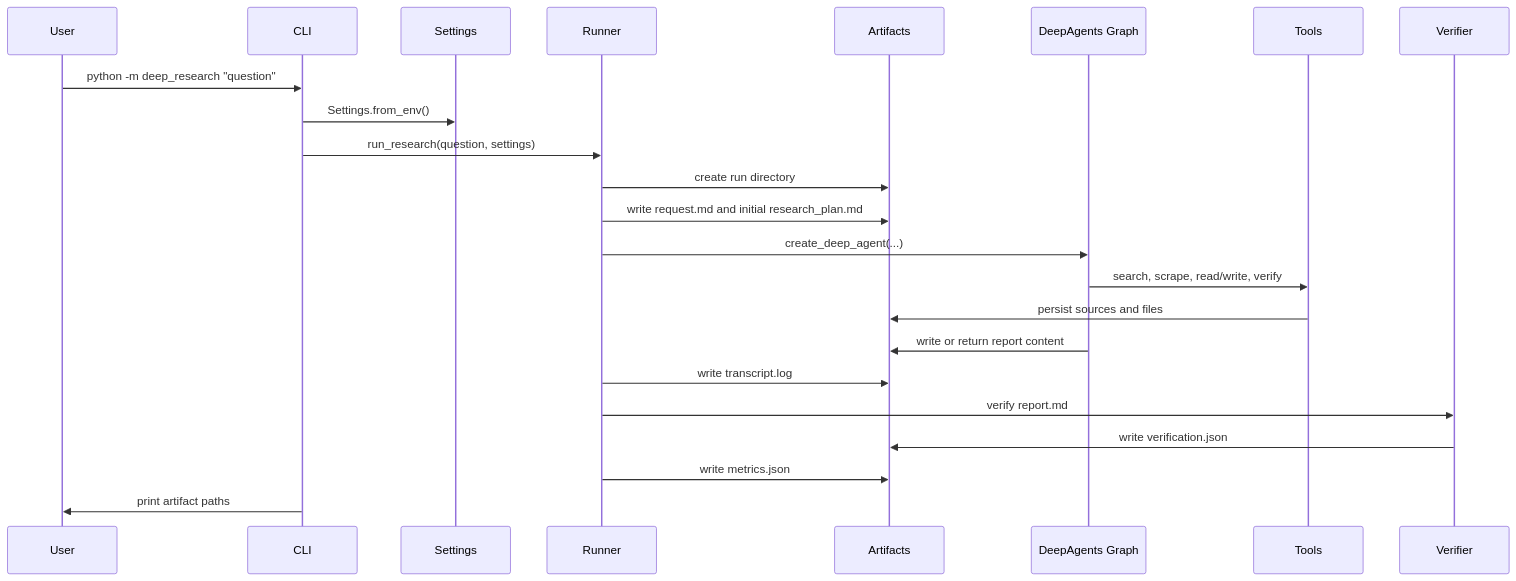
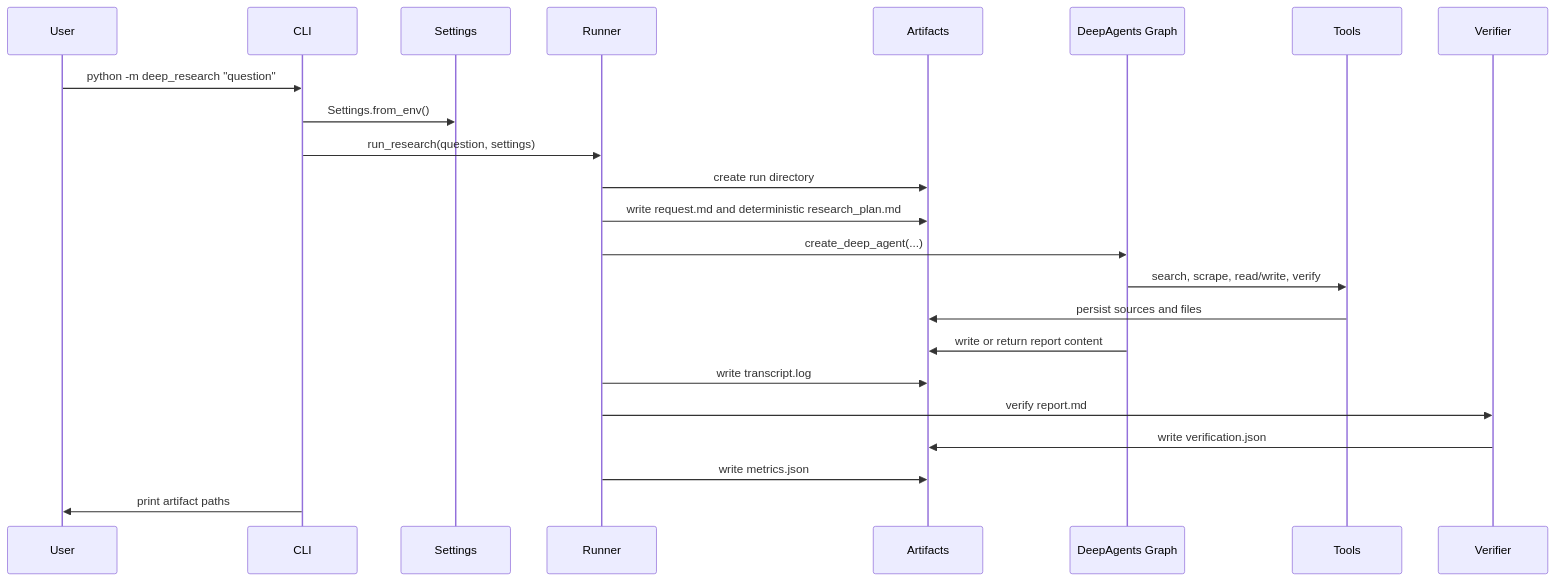
One commit to THCO-Labs/deep-research-agent changed the second of 2 diagrams in ARCHITECTURE.md. Above: the diagram before and after it, drawn with Mermaid. The commit also changed other lines of this file and 28 other files, not shown here.

````diff
--- a/ARCHITECTURE.md
+++ b/ARCHITECTURE.md
@@ -257,26 +260,26 @@
 ```mermaid
 sequenceDiagram
     participant U as User
     participant CLI as CLI
     participant S as Settings
     participant R as Runner
     participant A as Artifacts
     participant G as DeepAgents Graph
     participant T as Tools
     participant V as Verifier
 
     U->>CLI: python -m deep_research "question"
     CLI->>S: Settings.from_env()
     CLI->>R: run_research(question, settings)
     R->>A: create run directory
-    R->>A: write request.md and initial research_plan.md
+    R->>A: write request.md and deterministic research_plan.md
     R->>G: create_deep_agent(...)
     G->>T: search, scrape, read/write, verify
     T->>A: persist sources and files
     G->>A: write or return report content
     R->>A: write transcript.log
     R->>V: verify report.md
     V->>A: write verification.json
     R->>A: write metrics.json
     CLI->>U: print artifact paths
 ```
````
